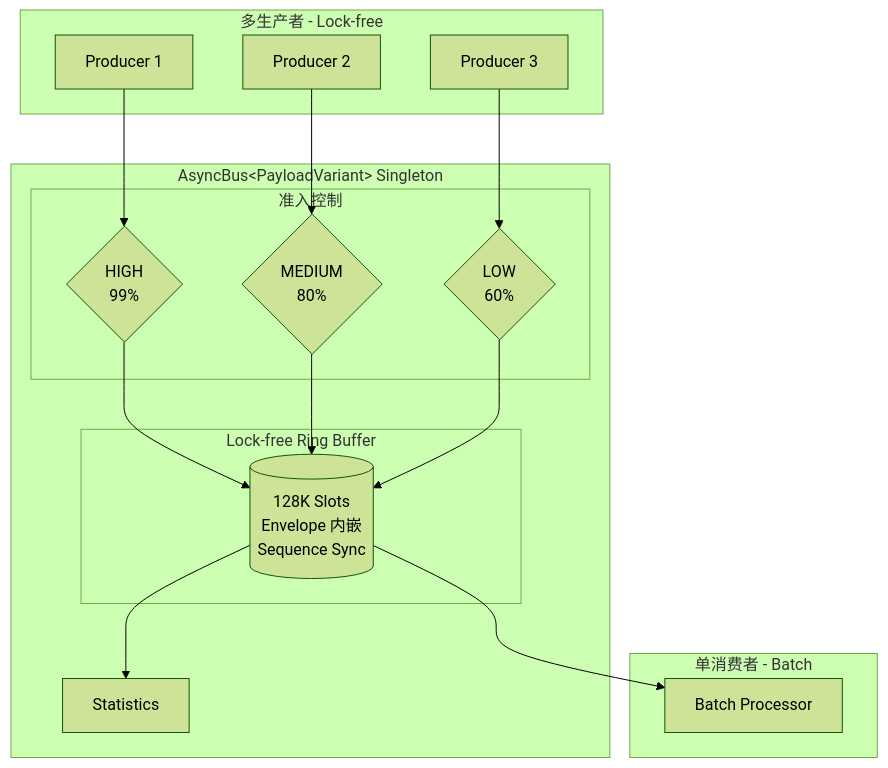
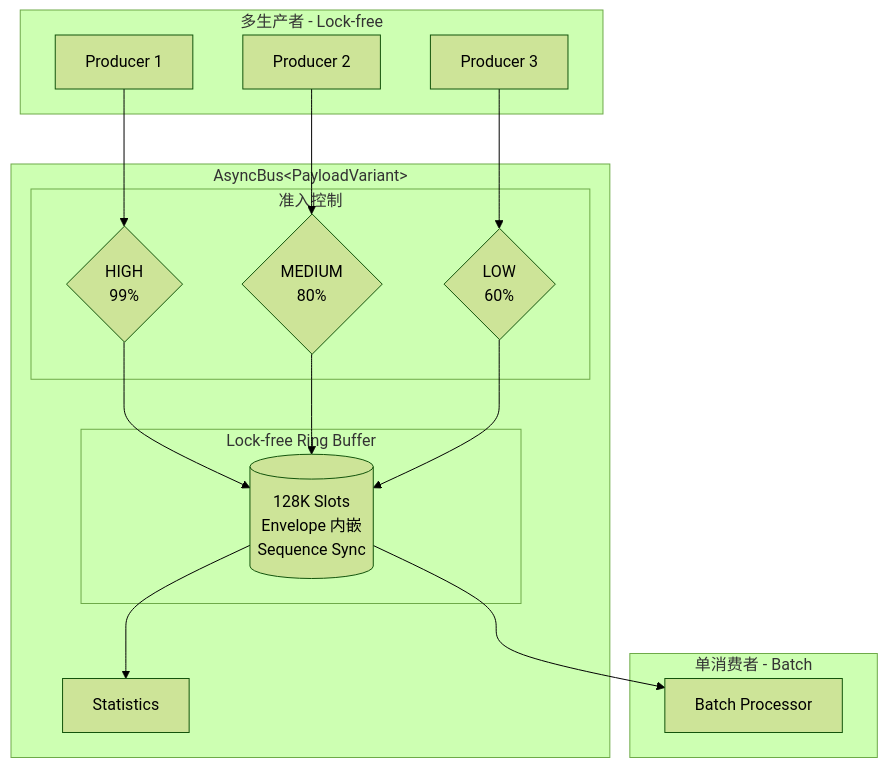
Before and after one commit to DeguiLiu/tech-notes: the first of 3 diagrams in content/posts/mccc/MCCC_Design.md, drawn with Mermaid (forest theme). The commit also changed other lines of this file and 2 other files, not shown here.

````diff
--- a/content/posts/mccc/MCCC_Design.md
+++ b/content/posts/mccc/MCCC_Design.md
@@ -34,33 +30,33 @@
 ```mermaid
 flowchart TB
     subgraph Producers[多生产者 - Lock-free]
         P1[Producer 1]
         P2[Producer 2]
         P3[Producer 3]
     end
 
-    subgraph AsyncBus["AsyncBus&lt;PayloadVariant&gt; Singleton"]
+    subgraph AsyncBus["AsyncBus&lt;PayloadVariant&gt;"]
         subgraph AdmissionControl[准入控制]
             HC{HIGH<br/>99%}
             MC{MEDIUM<br/>80%}
             LC{LOW<br/>60%}
         end
         subgraph RingBuffer[Lock-free Ring Buffer]
             RB[(128K Slots<br/>Envelope 内嵌<br/>Sequence Sync)]
         end
         Stats[Statistics]
     end
 
     subgraph Consumer[单消费者 - Batch]
         C1[Batch Processor]
     end
 
     P1 --> HC
     P2 --> MC
     P3 --> LC
     HC --> RB
     MC --> RB
     LC --> RB
     RB --> C1
     RB --> Stats
 ```
````
